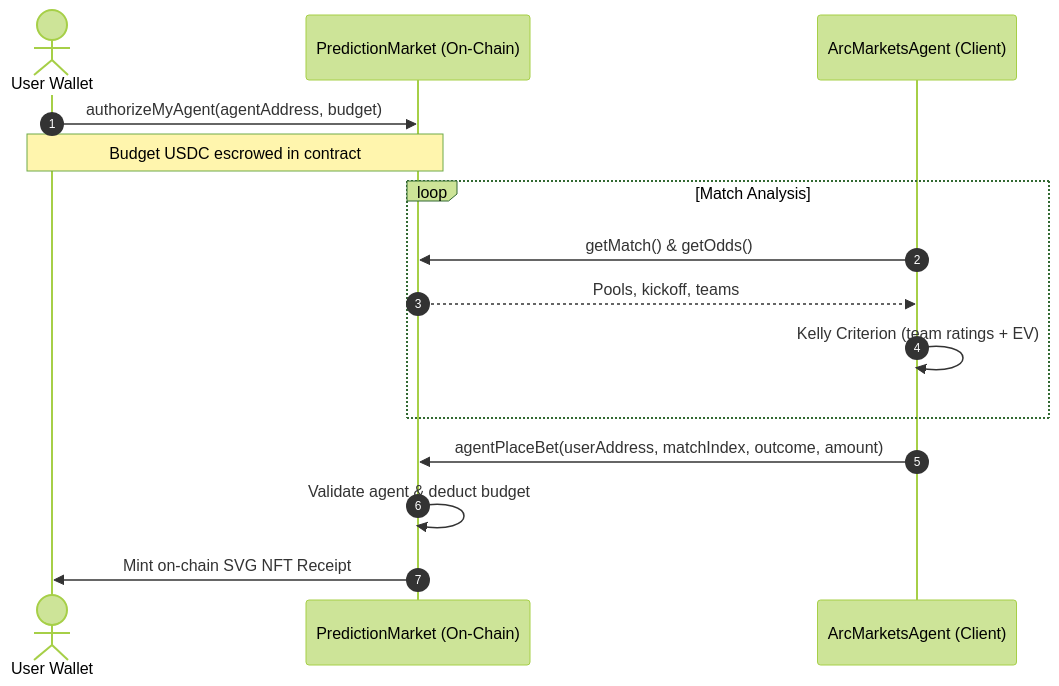
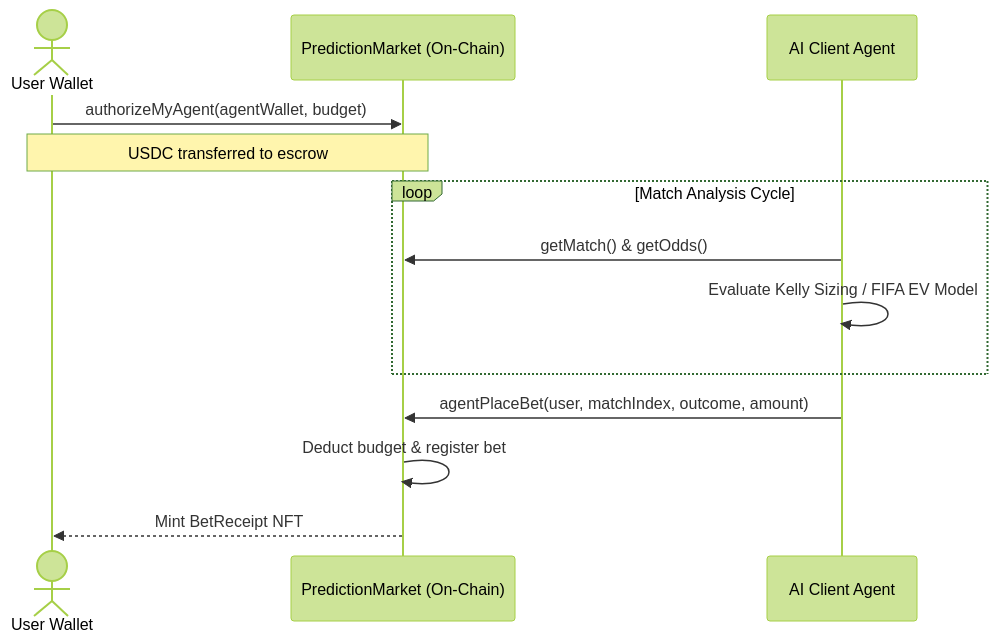
Before and after one commit to ritesh59697/ArcMarkets: the second of 2 diagrams in README.md, drawn with Mermaid (forest theme). The commit also changed other lines of this file and 1 other file, not shown here.

````diff
--- a/README.md
+++ b/README.md
@@ -70,20 +74,16 @@
 ```mermaid
 sequenceDiagram
-    autonumber
     actor User as User Wallet
     participant Contract as PredictionMarket (On-Chain)
-    participant Agent as ArcMarketsAgent (Client)
-
-    User->>Contract: authorizeMyAgent(agentAddress, budget)
-    Note over User,Contract: Budget USDC escrowed in contract
-
-    loop Match Analysis
+    participant Agent as AI Client Agent
+    
+    User->>Contract: authorizeMyAgent(agentWallet, budget)
+    Note over User,Contract: USDC transferred to escrow
+    loop Match Analysis Cycle
         Agent->>Contract: getMatch() & getOdds()
-        Contract-->>Agent: Pools, kickoff, teams
-        Agent->>Agent: Kelly Criterion (team ratings + EV)
+        Agent->>Agent: Evaluate Kelly Sizing / FIFA EV Model
     end
-
-    Agent->>Contract: agentPlaceBet(userAddress, matchIndex, outcome, amount)
-    Contract->>Contract: Validate agent & deduct budget
-    Contract->>User: Mint on-chain SVG NFT Receipt
+    Agent->>Contract: agentPlaceBet(user, matchIndex, outcome, amount)
+    Contract->>Contract: Deduct budget & register bet
+    Contract-->>User: Mint BetReceipt NFT
 ```
````
